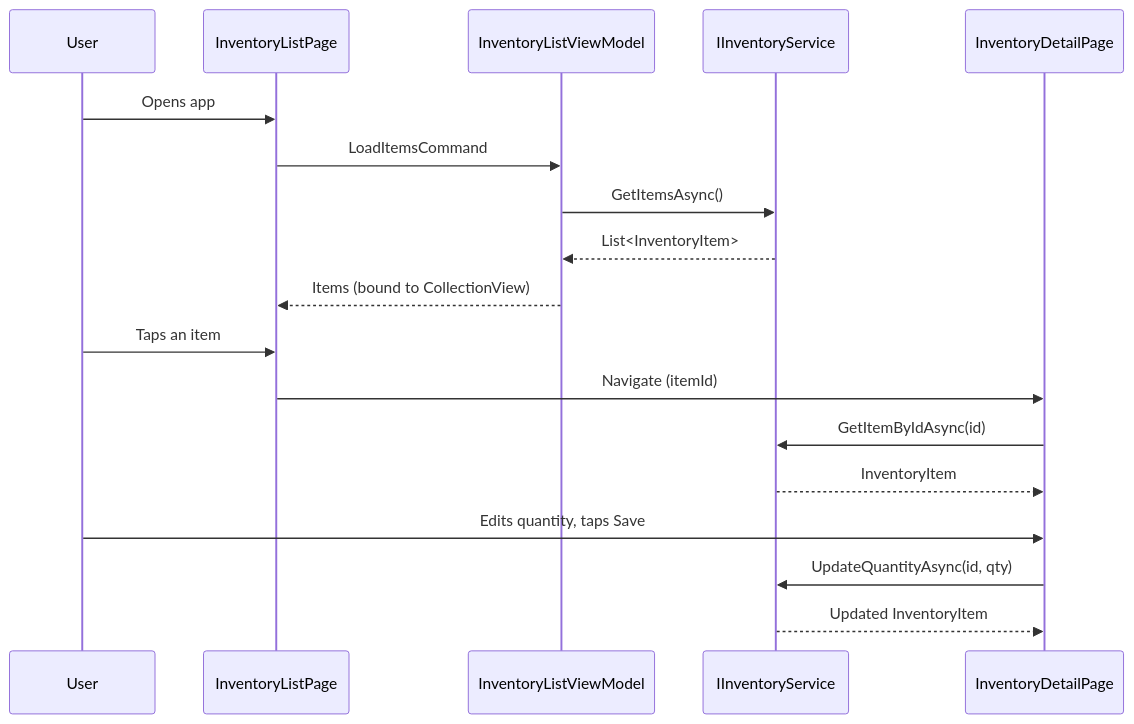
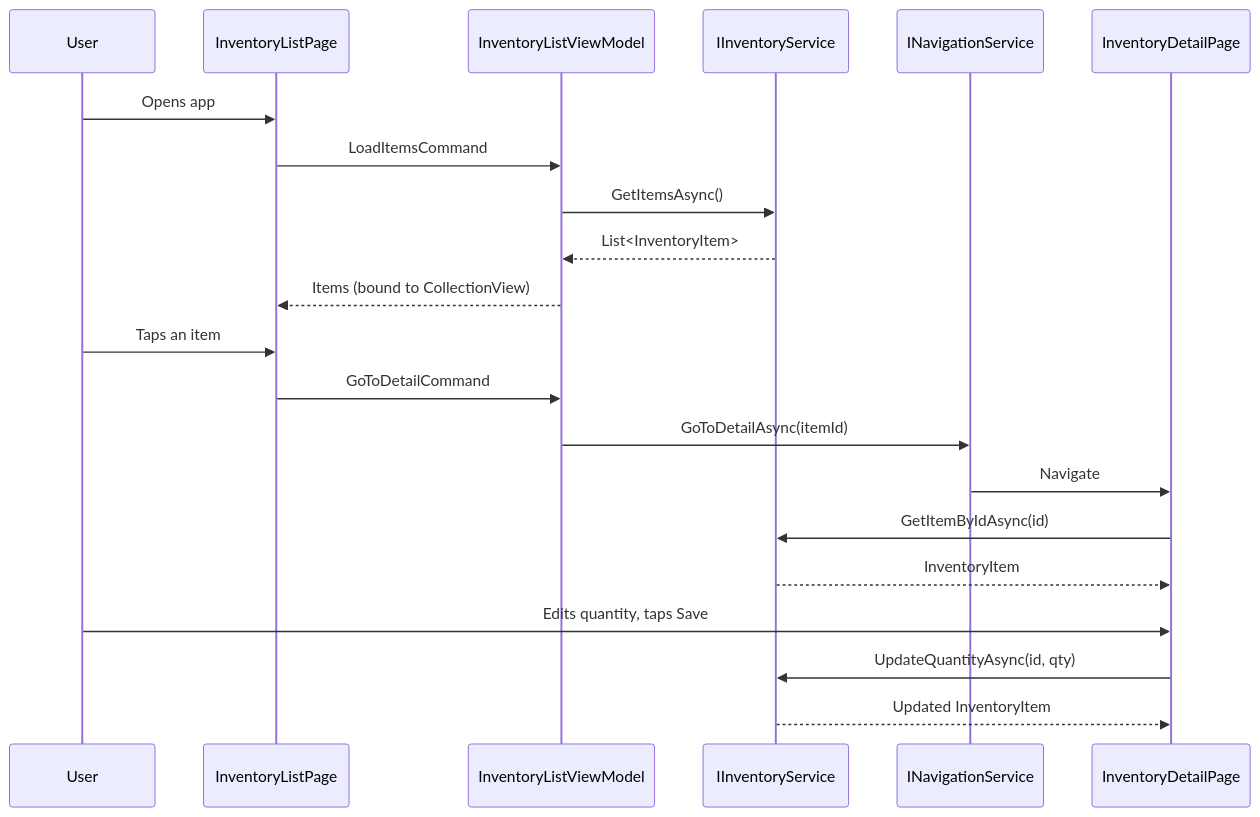
Before and after one commit to MouradOuammou/inventory-management-maui: the second of 2 diagrams in README.md, drawn with Mermaid. The commit also changed other lines of this file, not shown here.

Commit message:
docs: update README with navigation abstraction and HttpInventoryService

````diff
--- a/README.md
+++ b/README.md
@@ -52,23 +62,27 @@
 ```mermaid
 sequenceDiagram
     participant U as User
     participant L as InventoryListPage
     participant LVM as InventoryListViewModel
     participant S as IInventoryService
+    participant N as INavigationService
     participant D as InventoryDetailPage
 
     U->>L: Opens app
     L->>LVM: LoadItemsCommand
     LVM->>S: GetItemsAsync()
     S-->>LVM: List<InventoryItem>
     LVM-->>L: Items (bound to CollectionView)
 
     U->>L: Taps an item
-    L->>D: Navigate (itemId)
+    L->>LVM: GoToDetailCommand
+    LVM->>N: GoToDetailAsync(itemId)
+    N->>D: Navigate
+
     D->>S: GetItemByIdAsync(id)
     S-->>D: InventoryItem
 
     U->>D: Edits quantity, taps Save
     D->>S: UpdateQuantityAsync(id, qty)
     S-->>D: Updated InventoryItem
 ```
````
